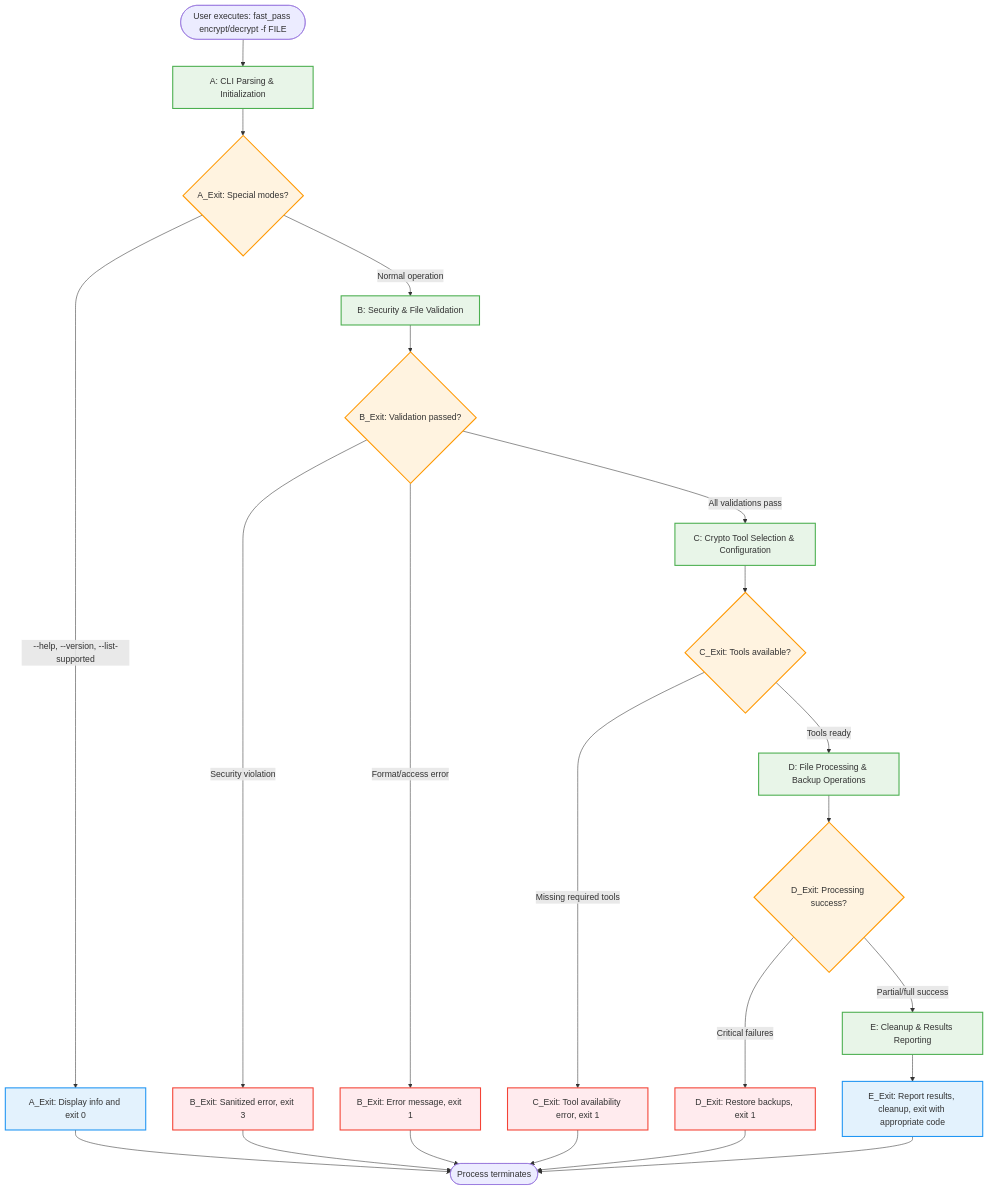
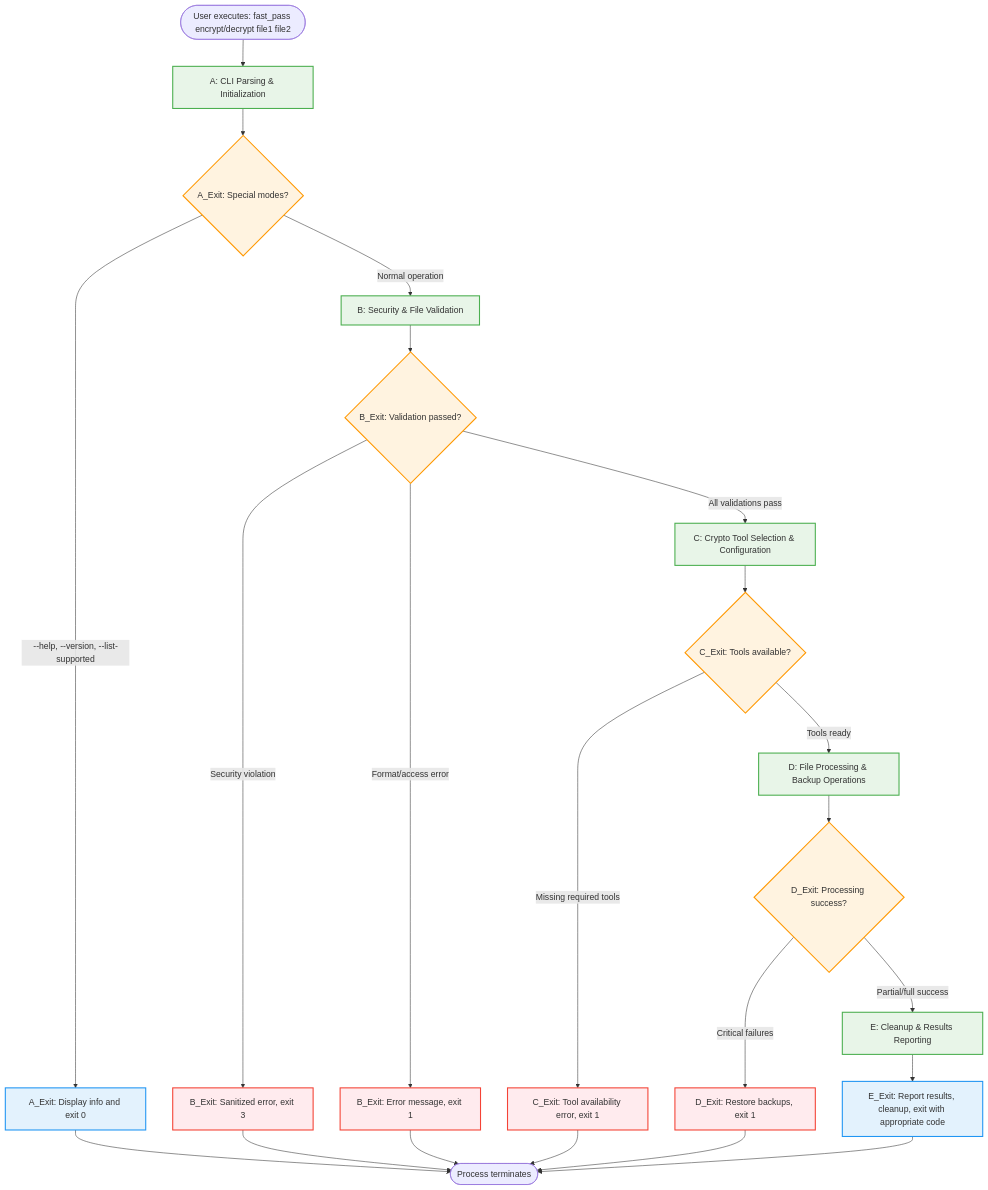
Before and after one commit to tenpainator/fast_pass: the first of 6 diagrams in dev/fast_pass_specification.md, drawn with Mermaid. The commit also changed other lines of this file and 155 other files, not shown here.

````diff
--- a/dev/fast_pass_specification.md
+++ b/dev/fast_pass_specification.md
@@ -262,35 +271,35 @@
 ```mermaid
 flowchart TD
-    Start([User executes: fast_pass encrypt/decrypt -f FILE]) --> A[A: CLI Parsing & Initialization]
+    Start([User executes: fast_pass encrypt/decrypt file1 file2]) --> A[A: CLI Parsing & Initialization]
     A --> ACheck{A_Exit: Special modes?}
     ACheck -->|--help, --version, --list-supported| AExit[A_Exit: Display info and exit 0]
     ACheck -->|Normal operation| B[B: Security & File Validation]
     B --> BCheck{B_Exit: Validation passed?}
     BCheck -->|Security violation| BExit[B_Exit: Sanitized error, exit 3]
     BCheck -->|Format/access error| BExit2[B_Exit: Error message, exit 1]
     BCheck -->|All validations pass| C[C: Crypto Tool Selection & Configuration]
     C --> CCheck{C_Exit: Tools available?}
     CCheck -->|Missing required tools| CExit[C_Exit: Tool availability error, exit 1]
     CCheck -->|Tools ready| D[D: File Processing & Backup Operations]
     D --> DCheck{D_Exit: Processing success?}
     DCheck -->|Critical failures| DExit[D_Exit: Restore backups, exit 1]
     DCheck -->|Partial/full success| E[E: Cleanup & Results Reporting]
     E --> EExit[E_Exit: Report results, cleanup, exit with appropriate code]
     
     AExit --> End([Process terminates])
     BExit --> End
     BExit2 --> End
     CExit --> End
     DExit --> End
     EExit --> End
     
     classDef processBox fill:#e8f5e8,stroke:#4caf50,stroke-width:2px
     classDef decisionBox fill:#fff3e0,stroke:#ff9800,stroke-width:2px
     classDef exitBox fill:#ffebee,stroke:#f44336,stroke-width:2px
     classDef successBox fill:#e3f2fd,stroke:#2196f3,stroke-width:2px
     
     class A,B,C,D,E processBox
     class ACheck,BCheck,CCheck,DCheck decisionBox
     class BExit,BExit2,CExit,DExit exitBox
     class AExit,EExit successBox
 ```
````
